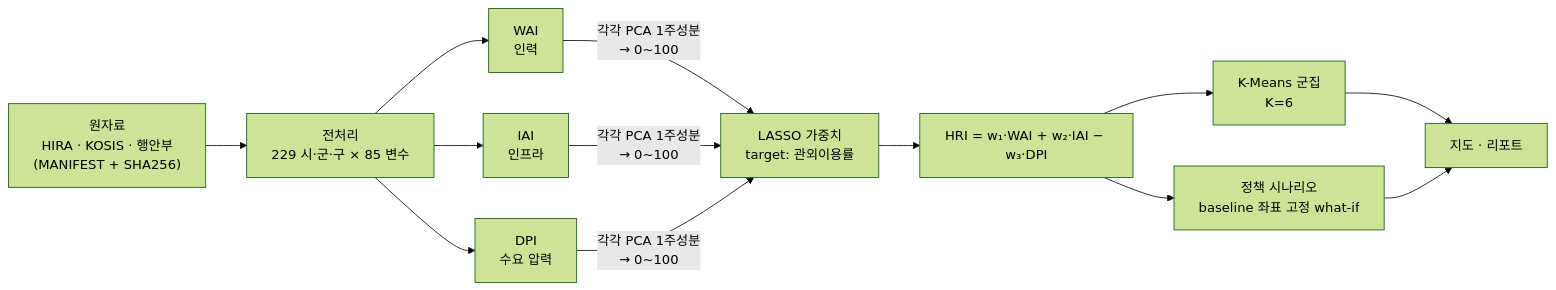
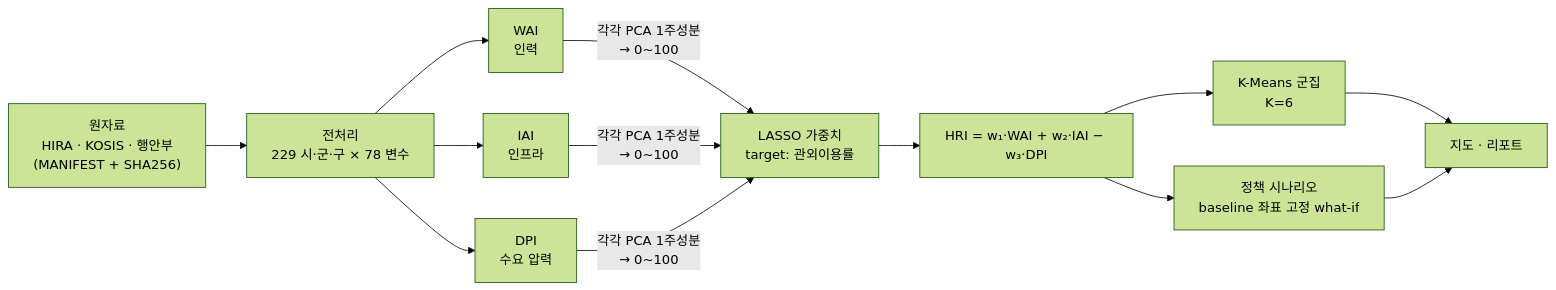
Before and after one commit to vashazza/HRI-korea: the diagram in README.md, drawn with Mermaid (forest theme). The commit also changed other lines of this file and 33 other files, not shown here.

````diff
--- a/README.md
+++ b/README.md
@@ -20,12 +20,12 @@
 ```mermaid
 flowchart LR
-    A["원자료<br/>HIRA · KOSIS · 행안부<br/>(MANIFEST + SHA256)"] --> B["전처리<br/>229 시·군·구 × 85 변수"]
+    A["원자료<br/>HIRA · KOSIS · 행안부<br/>(MANIFEST + SHA256)"] --> B["전처리<br/>229 시·군·구 × 78 변수"]
     B --> W["WAI<br/>인력"]
     B --> I["IAI<br/>인프라"]
     B --> D["DPI<br/>수요 압력"]
     W & I & D -->|"각각 PCA 1주성분<br/>→ 0~100"| L["LASSO 가중치<br/>target: 관외이용률"]
     L --> H["HRI = w₁·WAI + w₂·IAI − w₃·DPI"]
     H --> K["K-Means 군집<br/>K=6"]
     H --> S["정책 시나리오<br/>baseline 좌표 고정 what-if"]
     K & S --> M["지도 · 리포트"]
 ```
````
